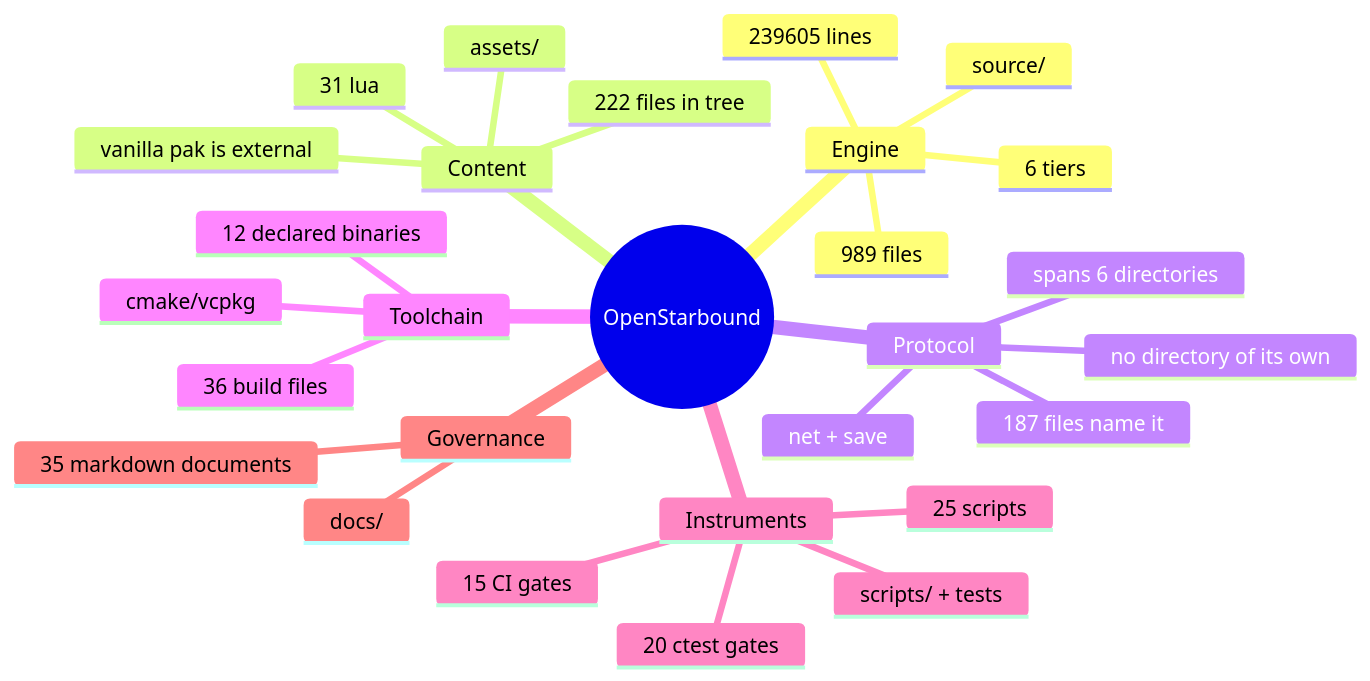
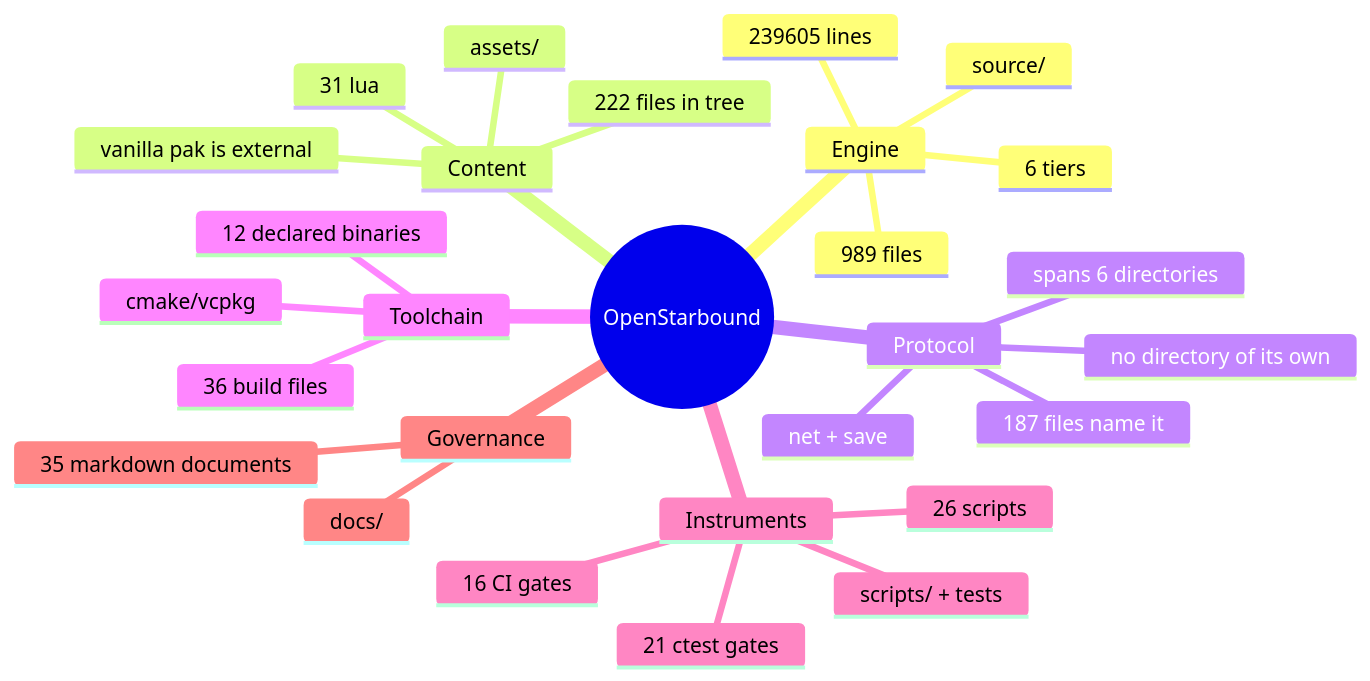
One commit to apnex/OpenStarbound changed the second of 11 diagrams in docs/architecture/system-boundaries.md. Above: the diagram before and after it, drawn with Mermaid. The commit also changed 4 other files, not shown here.

````diff
--- a/docs/architecture/system-boundaries.md
+++ b/docs/architecture/system-boundaries.md
@@ -166,31 +166,31 @@
 ```mermaid
 mindmap
   root((OpenStarbound))
     Engine
       source/
       989 files
       239605 lines
       6 tiers
     Content
       assets/
       222 files in tree
       31 lua
       vanilla pak is external
     Protocol
       net + save
       187 files name it
       spans 6 directories
       no directory of its own
     Toolchain
       cmake/vcpkg
       36 build files
       12 declared binaries
     Instruments
       scripts/ + tests
-      25 scripts
-      20 ctest gates
-      15 CI gates
+      26 scripts
+      21 ctest gates
+      16 CI gates
     Governance
       docs/
       35 markdown documents
 ```
````
